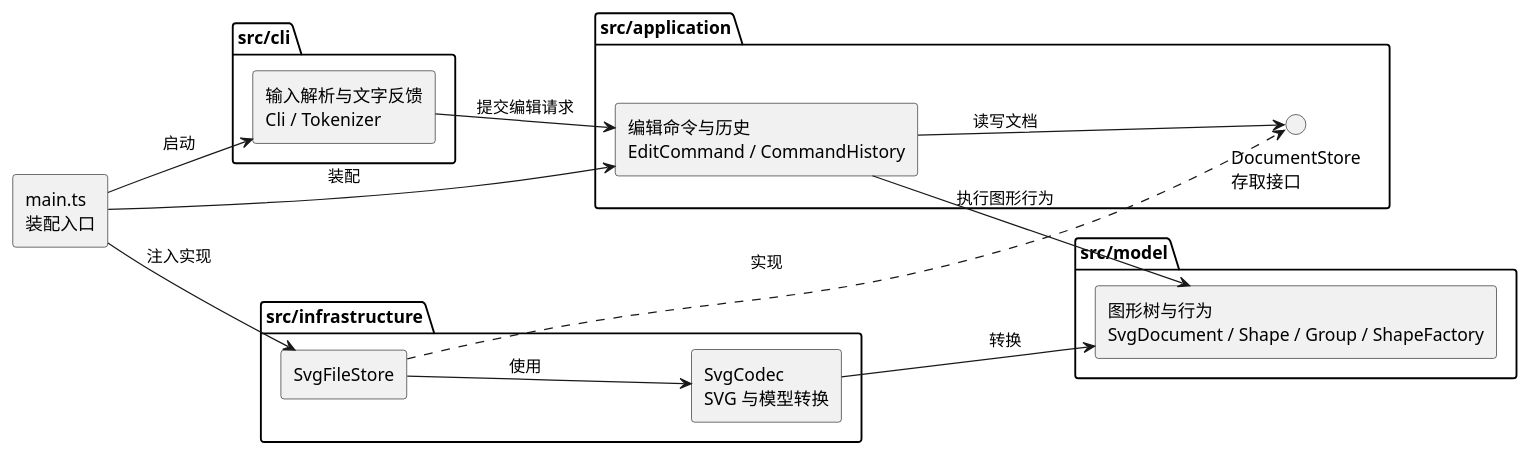
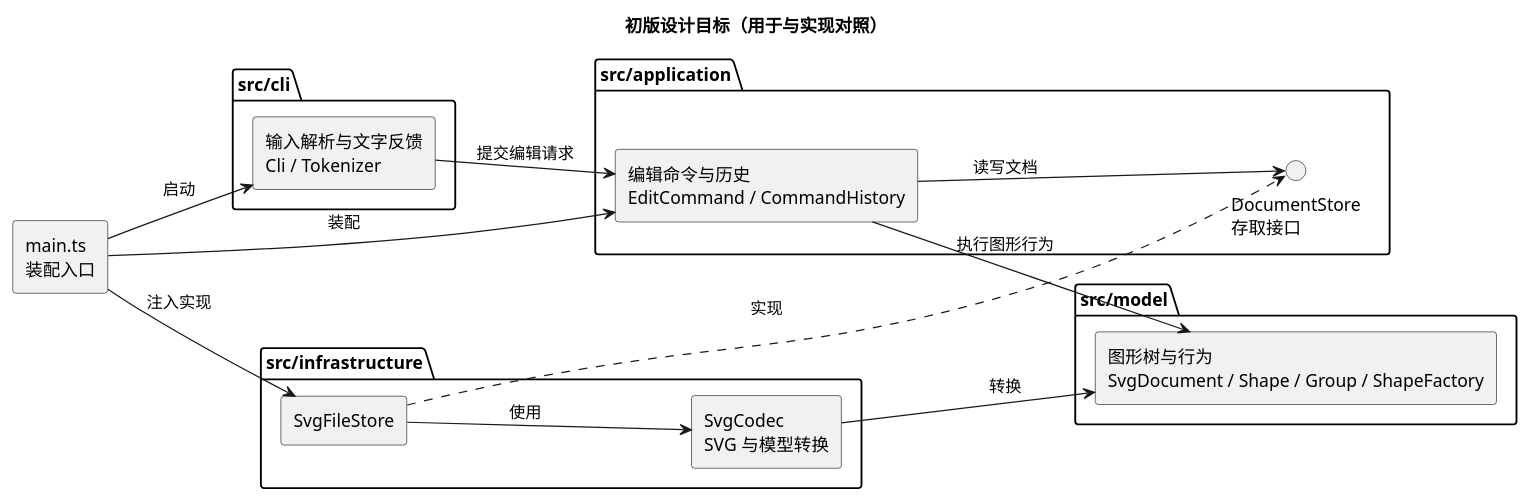
One commit to Pianeer888/svg-editor-lab1 changed the first of 2 diagrams in doc/README.md. Above: the diagram before and after it, drawn with PlantUML. The commit also changed other lines of this file and 2 other files, not shown here.

First line of the commit message:
docs: embed PlantUML architecture diagrams (Commit 11)

````diff
--- a/doc/README.md
+++ b/doc/README.md
@@ -19,32 +23,33 @@
 ```plantuml
 @startuml
+title 初版设计目标（用于与实现对照）
 left to right direction
 skinparam componentStyle rectangle
 
 component "main.ts\n装配入口" as MAIN
 package "src/cli" {
   component "输入解析与文字反馈\nCli / Tokenizer" as CLI
 }
 package "src/application" {
   component "编辑命令与历史\nEditCommand / CommandHistory" as APP
   interface "DocumentStore\n存取接口" as STORE
 }
 package "src/model" {
   component "图形树与行为\nSvgDocument / Shape / Group / ShapeFactory" as MODEL
 }
 package "src/infrastructure" {
   component "SvgFileStore" as FILE
   component "SvgCodec\nSVG 与模型转换" as CODEC
 }
 
 MAIN --> CLI : 启动
 MAIN --> APP : 装配
 MAIN --> FILE : 注入实现
 CLI --> APP : 提交编辑请求
 APP --> MODEL : 执行图形行为
 APP --> STORE : 读写文档
 FILE ..> STORE : 实现
 FILE --> CODEC : 使用
 CODEC --> MODEL : 转换
 @enduml
 ```
````
